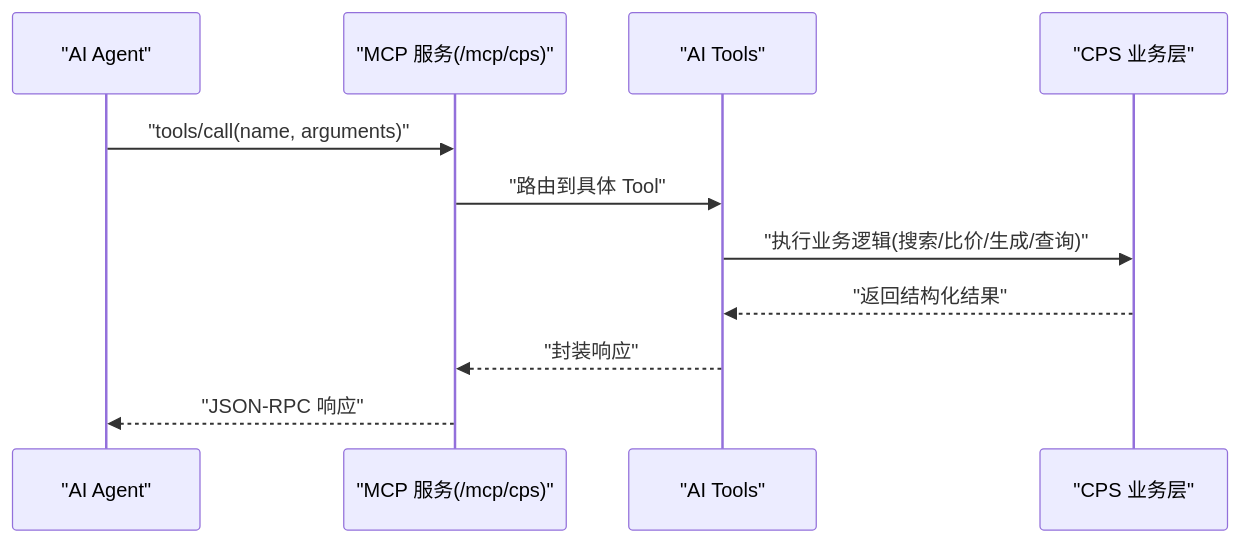
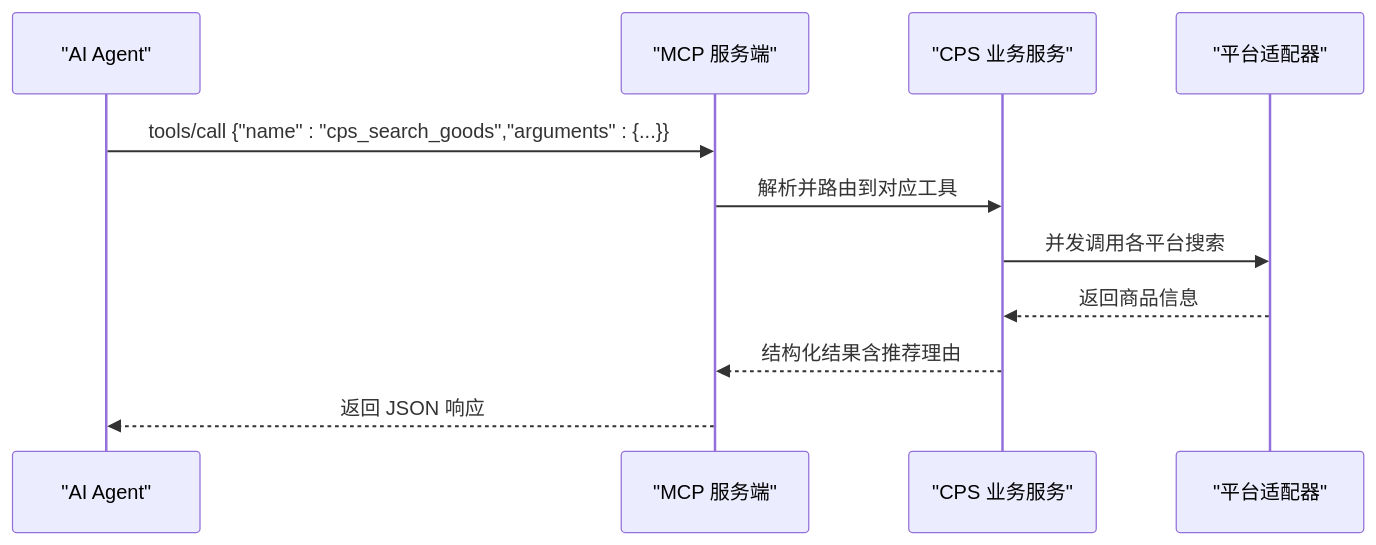
The fifth of 6 diagrams in .qoder/repowiki/zh/content/项目概述/项目概述.md (zhuangpengLI/AgenticCPS), drawn with Mermaid before and after one commit. The commit also changed other lines of this file and 355 other files, not shown here.

````diff
--- a/.qoder/repowiki/zh/content/项目概述/项目概述.md
+++ b/.qoder/repowiki/zh/content/项目概述/项目概述.md
@@ -200,13 +202,13 @@
 ```mermaid
 sequenceDiagram
 participant Agent as "AI Agent"
-participant MCP as "MCP 服务(/mcp/cps)"
-participant Tools as "AI Tools"
-participant Biz as "CPS 业务层"
-Agent->>MCP : "tools/call(name, arguments)"
-MCP->>Tools : "路由到具体 Tool"
-Tools->>Biz : "执行业务逻辑(搜索/比价/生成/查询)"
-Biz-->>Tools : "返回结构化结果"
-Tools-->>MCP : "封装响应"
-MCP-->>Agent : "JSON-RPC 响应"
+participant MCP as "MCP 服务端"
+participant CPS as "CPS 业务服务"
+participant Plat as "平台适配器"
+Agent->>MCP : tools/call {"name" : "cps_search_goods","arguments" : {...}}
+MCP->>CPS : 解析并路由到对应工具
+CPS->>Plat : 并发调用各平台搜索
+Plat-->>CPS : 返回商品信息
+CPS-->>MCP : 结构化结果含推荐理由
+MCP-->>Agent : 返回 JSON 响应
 ```
````
